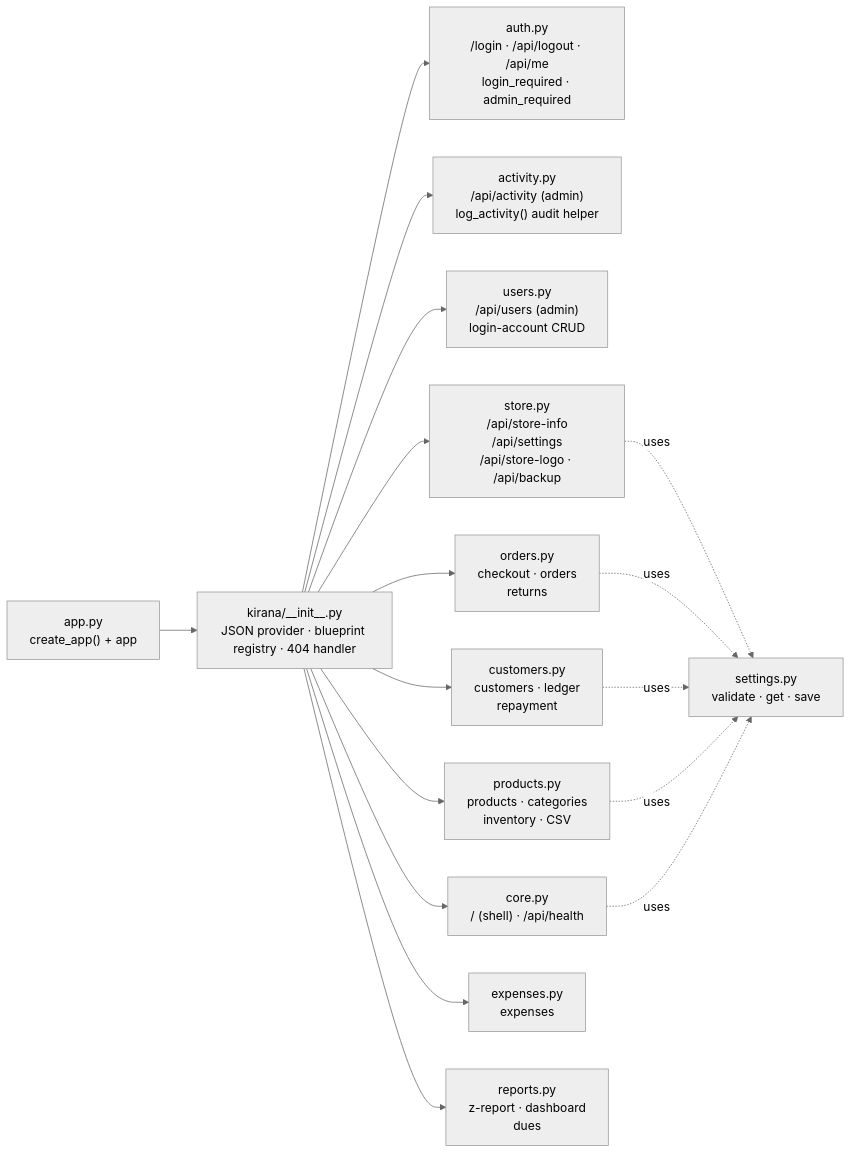
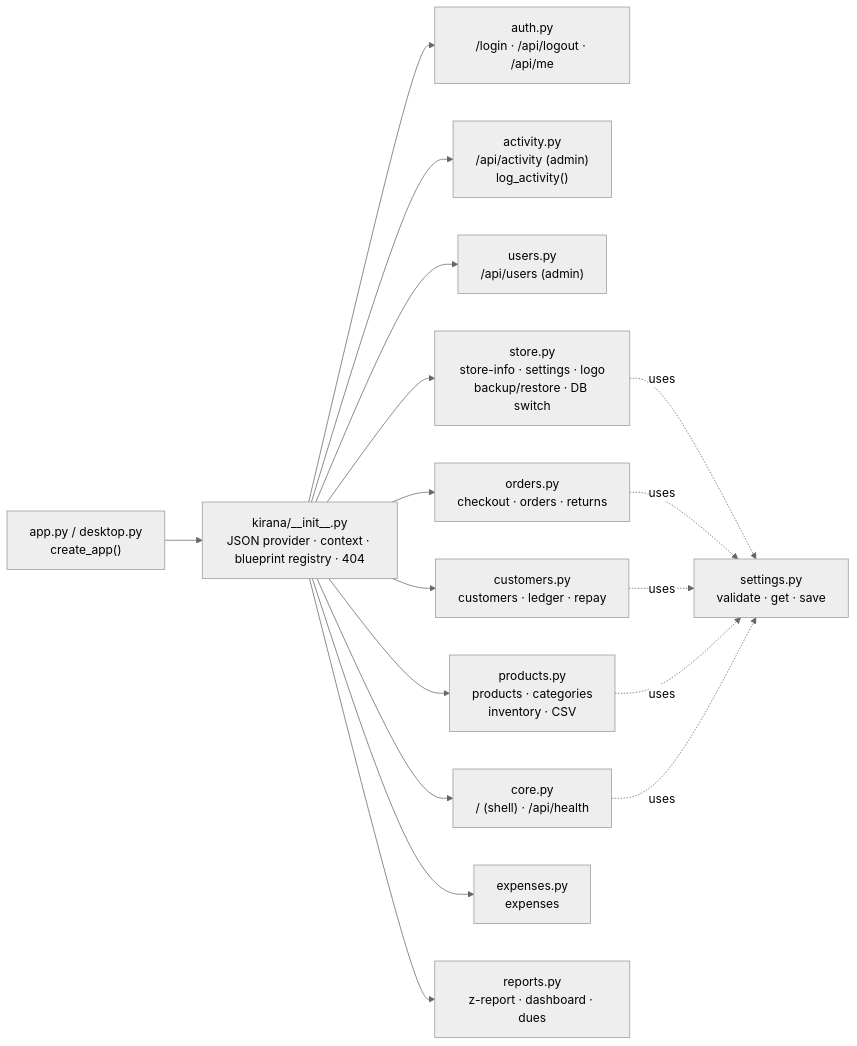
One commit to vipulverulkar/Indian-Kirana-Store changed the second of 6 diagrams in docs/ARCHITECTURE.md. Above: the diagram before and after it, drawn with Mermaid (neutral theme). The commit also changed other lines of this file and 13 other files, not shown here.

````diff
--- a/docs/ARCHITECTURE.md
+++ b/docs/ARCHITECTURE.md
@@ -45,19 +62,19 @@
 ```mermaid
 flowchart LR
-    APP["app.py<br/>create_app() + app"] --> INIT["kirana/__init__.py<br/>JSON provider · blueprint registry · 404 handler"]
-    INIT --> AUTH["auth.py<br/>/login · /api/logout · /api/me<br/>login_required · admin_required"]
-    INIT --> ACT["activity.py<br/>/api/activity (admin)<br/>log_activity() audit helper"]
-    INIT --> USR["users.py<br/>/api/users (admin)<br/>login-account CRUD"]
+    APP["app.py / desktop.py<br/>create_app()"] --> INIT["kirana/__init__.py<br/>JSON provider · context · blueprint registry · 404"]
+    INIT --> AUTH["auth.py<br/>/login · /api/logout · /api/me"]
+    INIT --> ACT["activity.py<br/>/api/activity (admin)<br/>log_activity()"]
+    INIT --> USR["users.py<br/>/api/users (admin)"]
     INIT --> CORE["core.py<br/>/ (shell) · /api/health"]
-    INIT --> STORE["store.py<br/>/api/store-info<br/>/api/settings<br/>/api/store-logo · /api/backup"]
+    INIT --> STORE["store.py<br/>store-info · settings · logo<br/>backup/restore · DB switch"]
     INIT --> PROD["products.py<br/>products · categories<br/>inventory · CSV"]
-    INIT --> CUST["customers.py<br/>customers · ledger<br/>repayment"]
-    INIT --> ORD["orders.py<br/>checkout · orders<br/>returns"]
+    INIT --> CUST["customers.py<br/>customers · ledger · repay"]
+    INIT --> ORD["orders.py<br/>checkout · orders · returns"]
     INIT --> EXP["expenses.py<br/>expenses"]
-    INIT --> REP["reports.py<br/>z-report · dashboard<br/>dues"]
+    INIT --> REP["reports.py<br/>z-report · dashboard · dues"]
     STORE -.uses.-> SETM["settings.py<br/>validate · get · save"]
     ORD -.uses.-> SETM
     CUST -.uses.-> SETM
     PROD -.uses.-> SETM
     CORE -.uses.-> SETM
 ```
````
